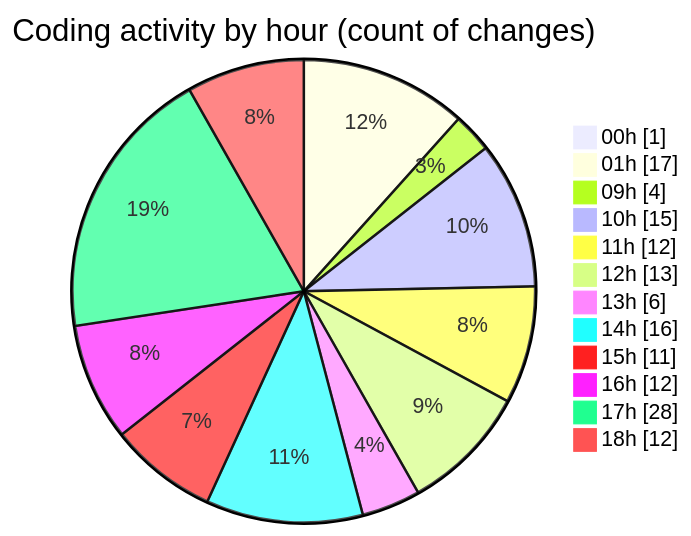
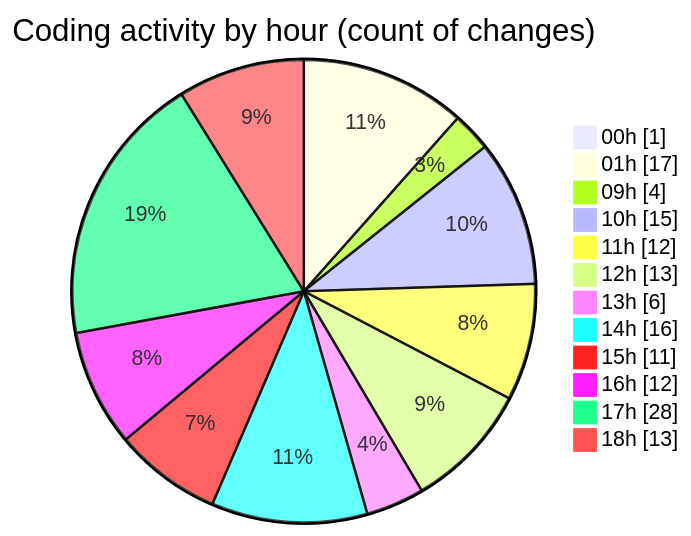
One commit to julien-gomy/code-tracking changed the second of 2 diagrams in 2025-11-01/cdp_aleoudev_fr__workspace_/README.md. Above: the diagram before and after it, drawn with Mermaid. The commit also changed other lines of this file and 1 other file, not shown here.

````diff
--- a/2025-11-01/cdp_aleoudev_fr__workspace_/README.md
+++ b/2025-11-01/cdp_aleoudev_fr__workspace_/README.md
@@ -49,16 +49,16 @@
 ```mermaid
 pie showData
 title Coding activity by hour (count of changes)
 "00h" : 1
 "01h" : 17
 "09h" : 4
 "10h" : 15
 "11h" : 12
 "12h" : 13
 "13h" : 6
 "14h" : 16
 "15h" : 11
 "16h" : 12
 "17h" : 28
-"18h" : 12
+"18h" : 13
 ```
````
